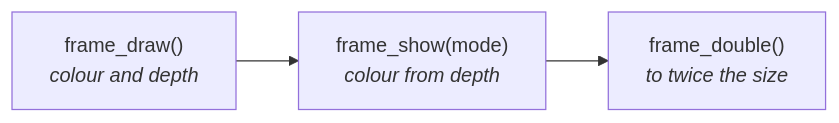
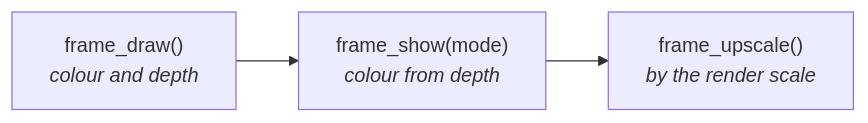
Before and after one commit to jose-villegas/autana: the third of 3 diagrams in docs/Mesh-Rendering.md, drawn with Mermaid. The commit also changed other lines of this file and 8 other files, not shown here.

Commit message:
render: frame_upscale() scales by the frame's render scale, 1 or 2, into its destination

````diff
--- a/docs/Mesh-Rendering.md
+++ b/docs/Mesh-Rendering.md
@@ -123,5 +123,5 @@
 ```mermaid
 flowchart LR
     Render["frame_draw()<br/><i>colour and depth</i>"] --> Show
-    Show["frame_show(mode)<br/><i>colour from depth</i>"] --> Double["frame_double()<br/><i>to twice the size</i>"]
+    Show["frame_show(mode)<br/><i>colour from depth</i>"] --> Upscale["frame_upscale()<br/><i>by the render scale</i>"]
 ```
````
